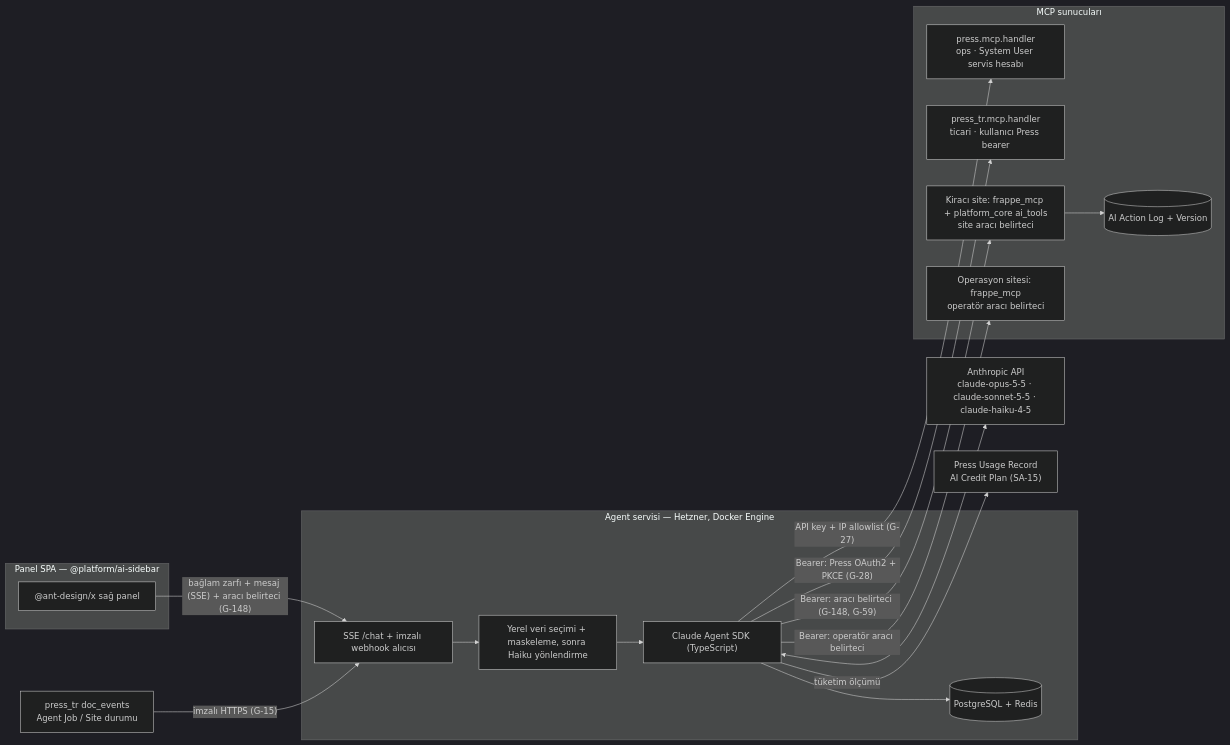
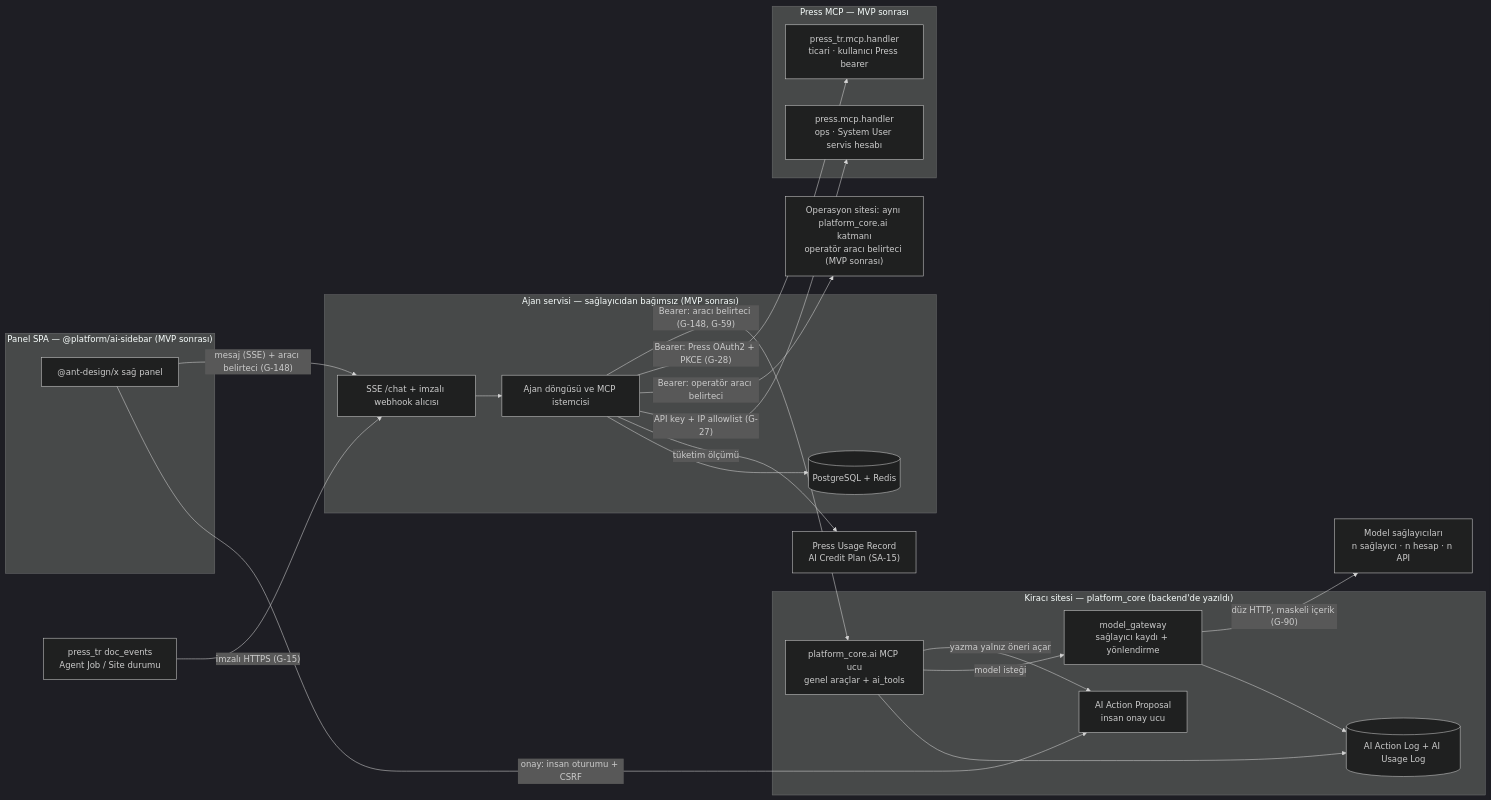
The diagram in src/content/docs/rail-5-ai.md (karacaismail/frappesetup), drawn with Mermaid (dark theme) before and after one commit. The commit also changed other lines of this file and 15 other files, not shown here.

Commit message:
Siteyi backend ile eşitle (2. tur): Rail 5 sağlayıcıdan bağımsız, staging yerine ortam adları, gereksinim metinleri, ad tabloları, O-1 notu ve inceleme 1 bulguları

````diff
--- a/src/content/docs/rail-5-ai.md
+++ b/src/content/docs/rail-5-ai.md
@@ -11,33 +22,40 @@
 ```mermaid
 flowchart LR
-  subgraph Panel["Panel SPA — @platform/ai-sidebar"]
+  subgraph Panel["Panel SPA — @platform/ai-sidebar (MVP sonrası)"]
     UI["@ant-design/x sağ panel"]
   end
-  subgraph Agent["Agent servisi — Hetzner, Docker Engine"]
+  subgraph Agent["Ajan servisi — sağlayıcıdan bağımsız (MVP sonrası)"]
     API["SSE /chat + imzalı webhook alıcısı"]
-    CLS["Yerel veri seçimi + maskeleme, sonra Haiku yönlendirme"]
-    SDK["Claude Agent SDK (TypeScript)"]
+    LOOP["Ajan döngüsü ve MCP istemcisi"]
     DB[("PostgreSQL + Redis")]
   end
-  subgraph MCP["MCP sunucuları"]
+  subgraph Site["Kiracı sitesi — platform_core (backend'de yazıldı)"]
+    MCPE["platform_core.ai MCP ucu<br/>genel araçlar + ai_tools"]
+    PROP["AI Action Proposal<br/>insan onay ucu"]
+    GW["model_gateway<br/>sağlayıcı kaydı + yönlendirme"]
+    LOG[("AI Action Log + AI Usage Log")]
+  end
+  subgraph PressMCP["Press MCP — MVP sonrası"]
     PM["press.mcp.handler<br/>ops · System User servis hesabı"]
     TM["press_tr.mcp.handler<br/>ticari · kullanıcı Press bearer"]
-    KM["Kiracı site: frappe_mcp + platform_core ai_tools<br/>site aracı belirteci"]
-    OM["Operasyon sitesi: frappe_mcp<br/>operatör aracı belirteci"]
-    LOG[("AI Action Log + Version")]
   end
-  ANT["Anthropic API<br/>claude-opus-5-5 · claude-sonnet-5-5 · claude-haiku-4-5"]
+  OM["Operasyon sitesi: aynı platform_core.ai katmanı<br/>operatör aracı belirteci (MVP sonrası)"]
+  PROV["Model sağlayıcıları<br/>n sağlayıcı · n hesap · n API"]
   PT["press_tr doc_events<br/>Agent Job / Site durumu"]
   UR["Press Usage Record<br/>AI Credit Plan (SA-15)"]
 
-  UI -- "bağlam zarfı + mesaj (SSE) + aracı belirteci (G-148)" --> API --> CLS --> SDK
-  SDK <--> ANT
-  SDK -- "Bearer: Press OAuth2 + PKCE (G-28)" --> TM
-  SDK -- "Bearer: aracı belirteci (G-148, G-59)" --> KM
-  SDK -- "Bearer: operatör aracı belirteci" --> OM
-  SDK -- "API key + IP allowlist (G-27)" --> PM
-  SDK -- "tüketim ölçümü" --> UR
+  UI -- "mesaj (SSE) + aracı belirteci (G-148)" --> API --> LOOP
+  UI -- "onay: insan oturumu + CSRF" --> PROP
+  LOOP -- "Bearer: aracı belirteci (G-148, G-59)" --> MCPE
+  MCPE -- "yazma yalnız öneri açar" --> PROP
+  MCPE -- "model isteği" --> GW
+  GW -- "düz HTTP, maskeli içerik (G-90)" --> PROV
+  LOOP -- "Bearer: Press OAuth2 + PKCE (G-28)" --> TM
+  LOOP -- "Bearer: operatör aracı belirteci" --> OM
+  LOOP -- "API key + IP allowlist (G-27)" --> PM
+  LOOP -- "tüketim ölçümü" --> UR
   PT -- "imzalı HTTPS (G-15)" --> API
-  SDK --> DB
-  KM --> LOG
+  LOOP --> DB
+  MCPE --> LOG
+  GW --> LOG
 ```
````
